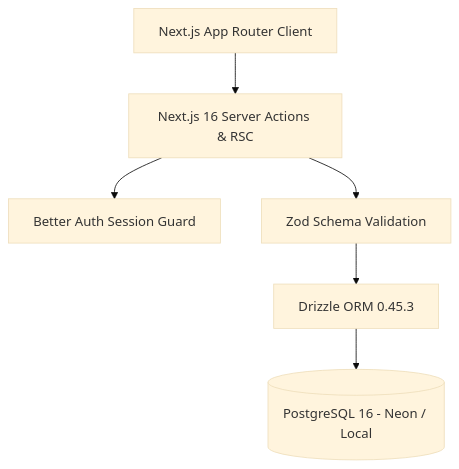
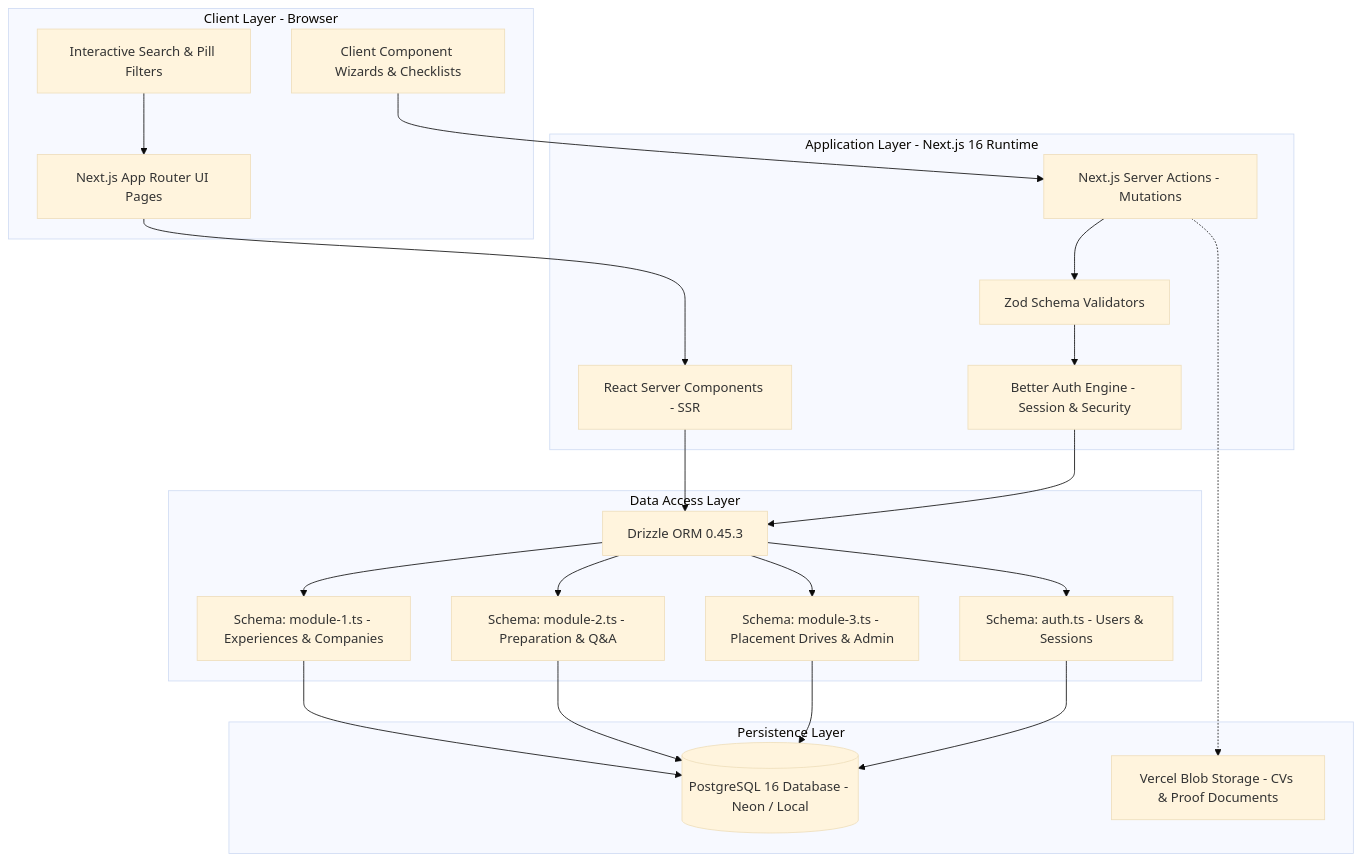
The first of 4 diagrams in README.md (Jyatin/beyond-the-rumour-mill-team), drawn with Mermaid (base theme) before and after one commit. The commit also changed other lines of this file and 4 other files, not shown here.

Commit message:
docs: restore KiranaWala-style README architecture with screenshots gallery

````diff
--- a/README.md
+++ b/README.md
@@ -49,8 +113,45 @@
 ```mermaid
 graph TD
-    Client[Next.js App Router Client] --> Server[Next.js 16 Server Actions & RSC]
-    Server --> Auth[Better Auth Session Guard]
-    Server --> Zod[Zod Schema Validation]
-    Zod --> Drizzle[Drizzle ORM 0.45.3]
-    Drizzle --> DB[(PostgreSQL 16 - Neon / Local)]
+    subgraph Client Layer [Client Layer - Browser]
+        UI[Next.js App Router UI Pages]
+        Forms[Client Component Wizards & Checklists]
+        Search[Interactive Search & Pill Filters]
+    end
+
+    subgraph Application Layer [Application Layer - Next.js 16 Runtime]
+        RSC[React Server Components - SSR]
+        SA[Next.js Server Actions - Mutations]
+        Auth[Better Auth Engine - Session & Security]
+        Zod[Zod Schema Validators]
+    end
+
+    subgraph Data Access Layer [Data Access Layer]
+        Drizzle[Drizzle ORM 0.45.3]
+        SchemaMod1[Schema: module-1.ts - Experiences & Companies]
+        SchemaMod2[Schema: module-2.ts - Preparation & Q&A]
+        SchemaMod3[Schema: module-3.ts - Placement Drives & Admin]
+        SchemaAuth[Schema: auth.ts - Users & Sessions]
+    end
+
+    subgraph Persistence Layer [Persistence Layer]
+        PG[(PostgreSQL 16 Database - Neon / Local)]
+        VercelBlob[Vercel Blob Storage - CVs & Proof Documents]
+    end
+
+    UI --> RSC
+    Forms --> SA
+    Search --> UI
+    RSC --> Drizzle
+    SA --> Zod
+    Zod --> Auth
+    Auth --> Drizzle
+    Drizzle --> SchemaMod1
+    Drizzle --> SchemaMod2
+    Drizzle --> SchemaMod3
+    Drizzle --> SchemaAuth
+    SchemaMod1 --> PG
+    SchemaMod2 --> PG
+    SchemaMod3 --> PG
+    SchemaAuth --> PG
+    SA -.-> VercelBlob
 ```
````
